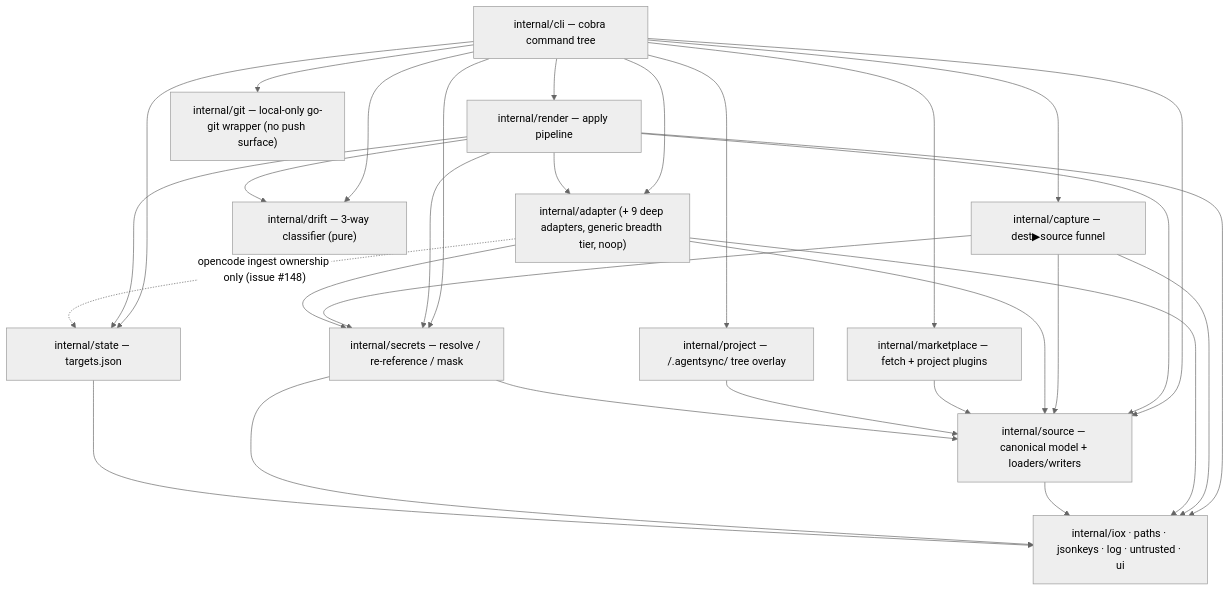
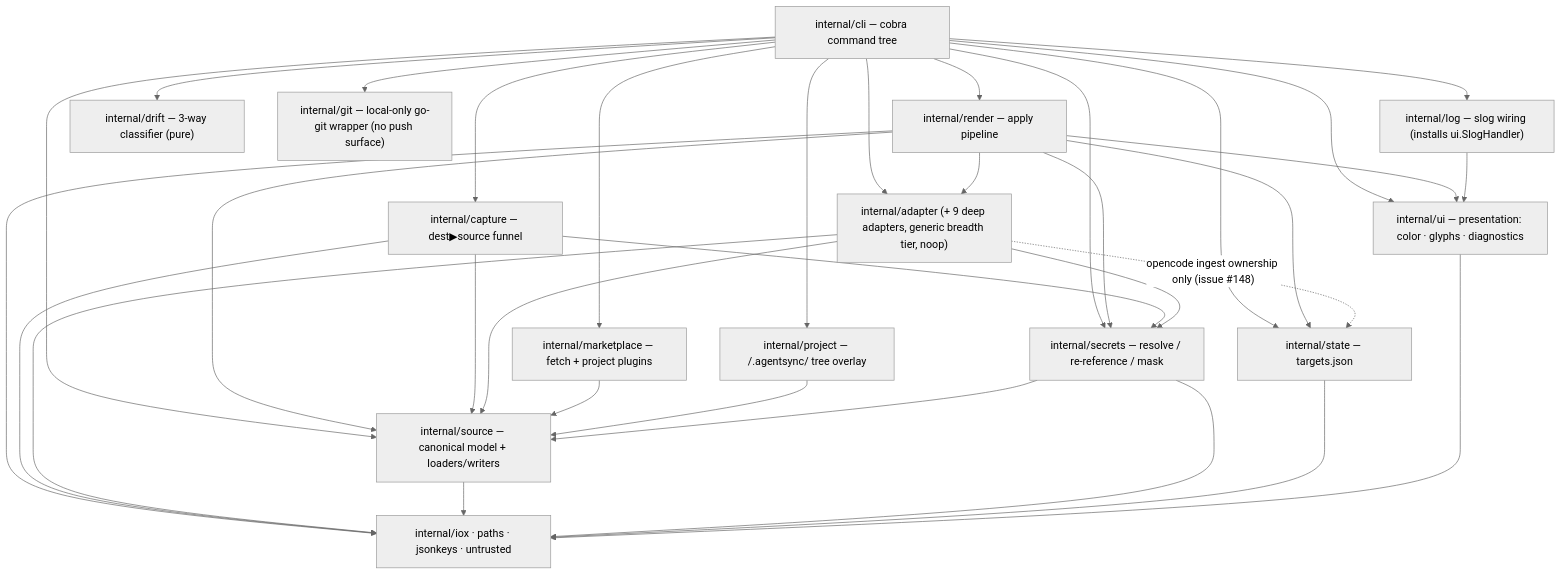
Before and after one commit to spxrogers/agentsync: the fourth of 4 diagrams in docs/architecture.md, drawn with Mermaid (neutral theme). The commit also changed other lines of this file and 47 other files, not shown here.

````diff
--- a/docs/architecture.md
+++ b/docs/architecture.md
@@ -1055,26 +1175,30 @@
 ```mermaid
 flowchart TD
     CLI["internal/cli — cobra command tree"]
     REN["internal/render — apply pipeline"]
     CAP["internal/capture — dest▶source funnel"]
     AD["internal/adapter (+ 9 deep adapters, generic breadth tier, noop)"]
     SRC["internal/source — canonical model + loaders/writers"]
     SEC["internal/secrets — resolve / re-reference / mask"]
     MKT["internal/marketplace — fetch + project plugins"]
     PRJ["internal/project — <root>/.agentsync/ tree overlay"]
     DRF["internal/drift — 3-way classifier (pure)"]
     ST["internal/state — targets.json"]
     GIT["internal/git — local-only go-git wrapper (no push surface)"]
-    INFRA["internal/iox · paths · jsonkeys · log · untrusted · ui"]
+    UI["internal/ui — presentation: color · glyphs · diagnostics"]
+    LOG["internal/log — slog wiring (installs ui.SlogHandler)"]
+    INFRA["internal/iox · paths · jsonkeys · untrusted"]
 
-    CLI --> REN & CAP & AD & SRC & SEC & MKT & PRJ & DRF & ST & GIT
-    REN --> AD & SEC & SRC & ST & DRF & INFRA
+    CLI --> REN & CAP & AD & SRC & SEC & MKT & PRJ & DRF & ST & GIT & UI & LOG
+    REN --> AD & SEC & SRC & ST & UI & INFRA
     CAP --> SRC & SEC & INFRA
     AD --> SRC & SEC & INFRA
     AD -. "opencode ingest ownership only (issue #148)" .-> ST
     MKT --> SRC
     PRJ --> SRC
     SRC --> INFRA
     SEC --> SRC & INFRA
     ST --> INFRA
+    LOG --> UI
+    UI --> INFRA
 ```
````
